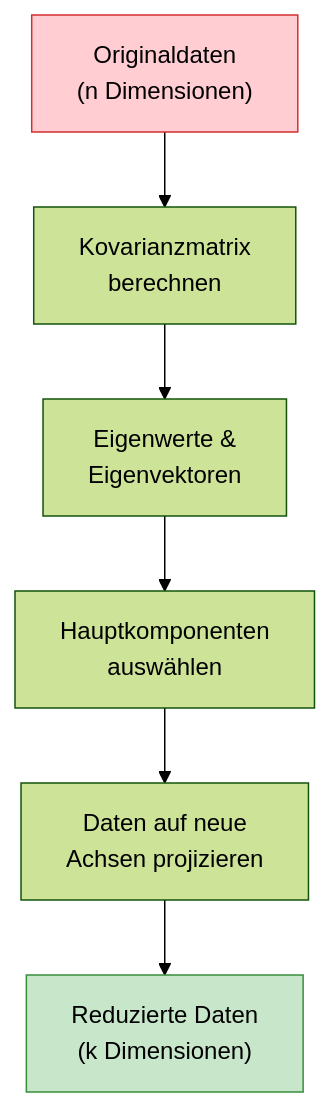
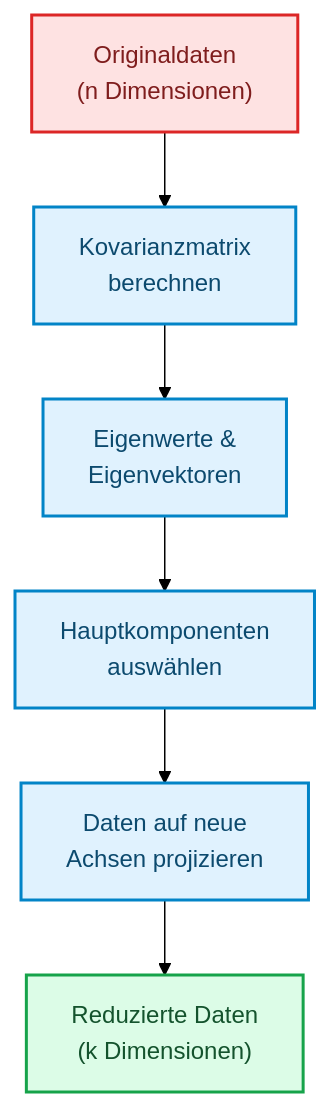
Before and after one commit to ralf-42/ML_Intro: the first of 5 diagrams in docs/concepts/modeling/pca-lda.md, drawn with Mermaid (forest theme). The commit also changed other lines of this file and 67 other files, not shown here.

````diff
--- a/docs/concepts/modeling/pca-lda.md
+++ b/docs/concepts/modeling/pca-lda.md
@@ -70,11 +70,14 @@
 ```mermaid
 flowchart TD
     A["Originaldaten<br/>(n Dimensionen)"] --> B["Kovarianzmatrix<br/>berechnen"]
     B --> C["Eigenwerte &<br/>Eigenvektoren"]
     C --> D["Hauptkomponenten<br/>auswählen"]
     D --> E["Daten auf neue<br/>Achsen projizieren"]
     E --> F["Reduzierte Daten<br/>(k Dimensionen)"]
-    
-    style A fill:#ffcdd2,stroke:#d32f2f
-    style F fill:#c8e6c9,stroke:#388e3c
+
+    classDef default fill:#e0f2fe,stroke:#0284c7,stroke-width:2px,color:#0c4a6e;
+    classDef output fill:#dcfce7,stroke:#16a34a,stroke-width:2px,color:#14532d;
+    classDef stop fill:#fee2e2,stroke:#dc2626,stroke-width:2px,color:#7f1d1d;
+    class F output;
+    class A stop;
 ```
````
